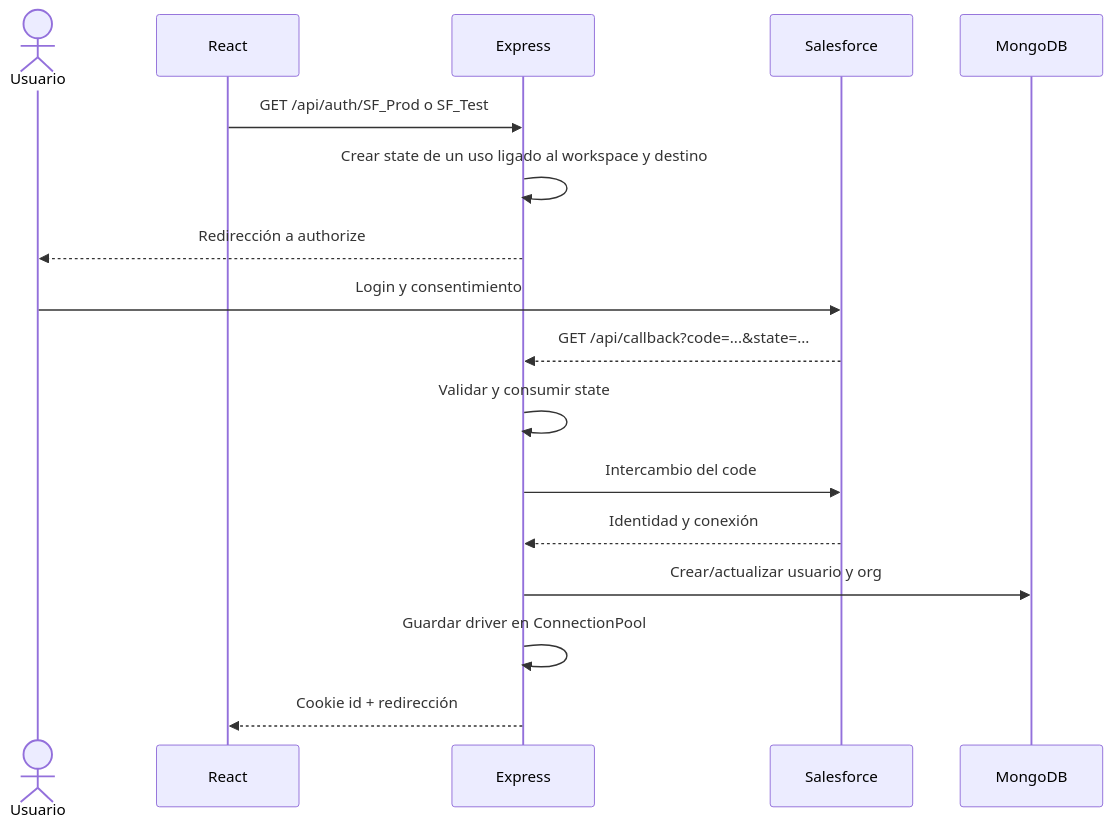
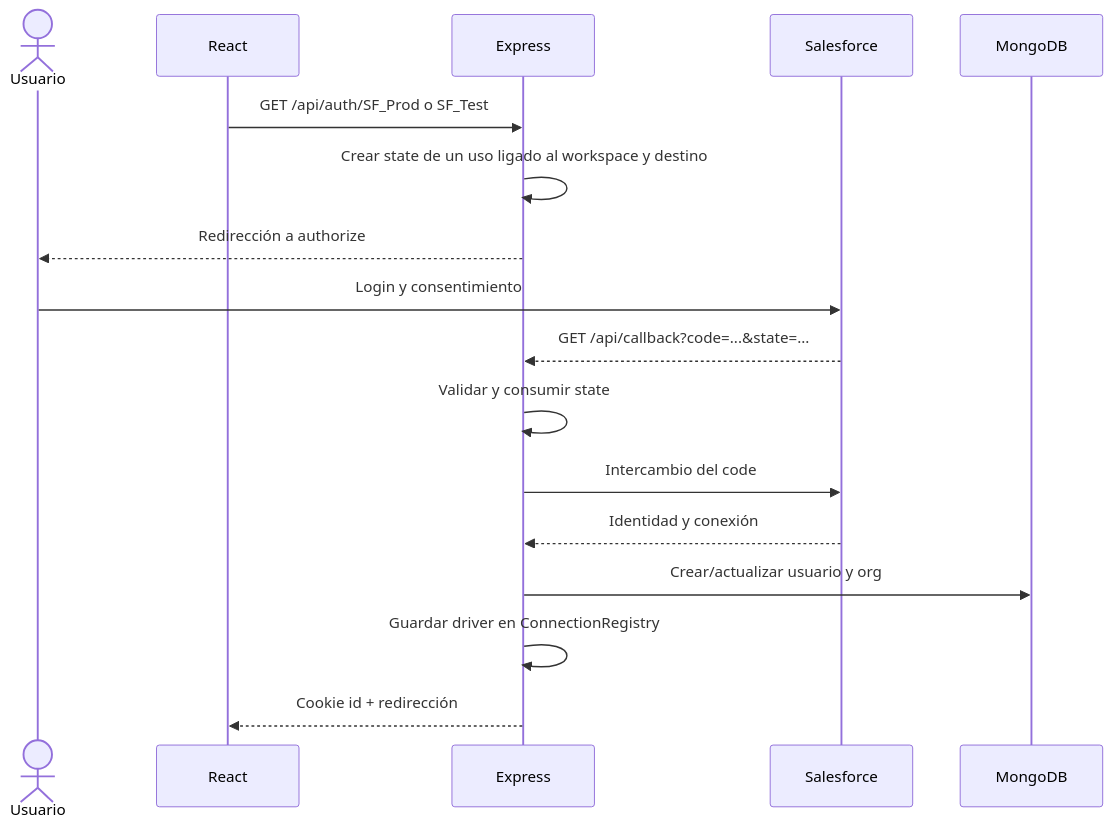
Before and after one commit to eBarrero/sfstudio: the second of 3 diagrams in doc/ARQUITECTURA.md, drawn with Mermaid. The commit also changed other lines of this file and 21 other files, not shown here.

````diff
--- a/doc/ARQUITECTURA.md
+++ b/doc/ARQUITECTURA.md
@@ -196,20 +200,20 @@
 ```mermaid
 sequenceDiagram
     actor User as Usuario
     participant App as React
     participant API as Express
     participant SF as Salesforce
     participant DB as MongoDB
 
     App->>API: GET /api/auth/SF_Prod o SF_Test
     API->>API: Crear state de un uso ligado al workspace y destino
     API-->>User: Redirección a authorize
     User->>SF: Login y consentimiento
     SF-->>API: GET /api/callback?code=...&state=...
     API->>API: Validar y consumir state
     API->>SF: Intercambio del code
     SF-->>API: Identidad y conexión
     API->>DB: Crear/actualizar usuario y org
-    API->>API: Guardar driver en ConnectionPool
+    API->>API: Guardar driver en ConnectionRegistry
     API-->>App: Cookie id + redirección
 ```
````
